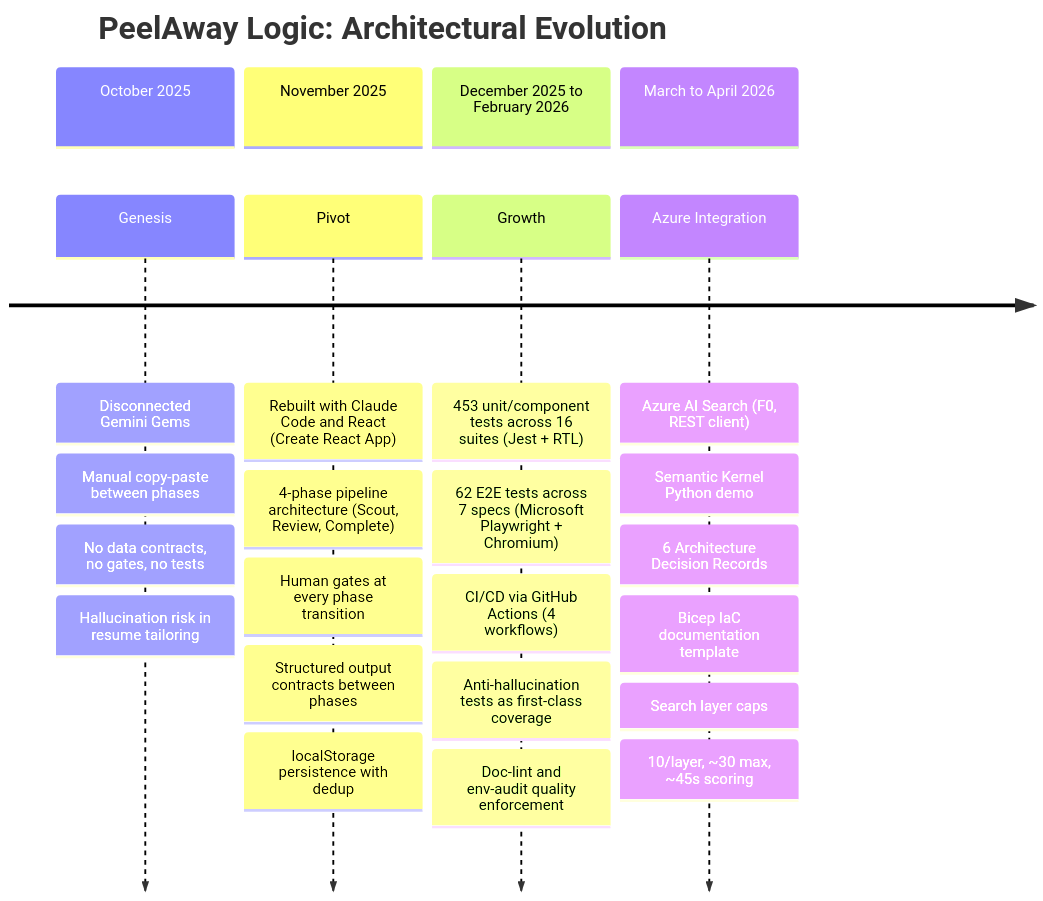
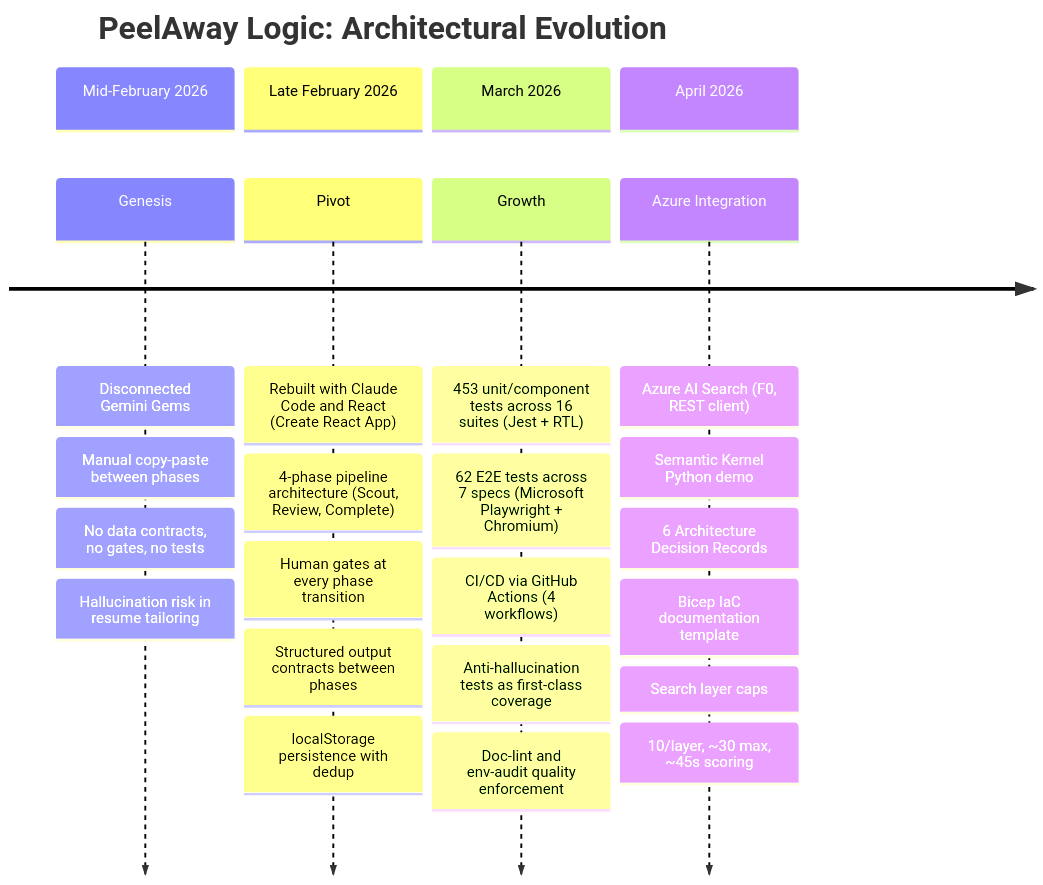
The diagram in peelaway-logic/docs/architecture/diagrams/evolution-timeline.mermaid (CarmenReed/AI-Claude-Code-Ecosystem), drawn with Mermaid before and after one commit. The commit also changed 2 other files, not shown here.

Commit message:
docs: correct project timeline to Feb-April 2026, remove interview question ref
PeelAway Logic started mid-February 2026, not October 2025. Updated
all timeline references across PROJECT_EVOLUTION, ARCHITECTURE, and
the Mermaid diagram. Removed interview question reference from Ch5.

```diff
--- a/peelaway-logic/docs/architecture/diagrams/evolution-timeline.mermaid
+++ b/peelaway-logic/docs/architecture/diagrams/evolution-timeline.mermaid
@@ -1,29 +1,29 @@
 %% PeelAway Logic: Architectural Evolution Timeline
 %% Shows the journey from disconnected Gemini Gems to governed agentic pipeline
 %% Each section represents a meaningful architectural phase, not just a calendar period
 
 timeline
     title PeelAway Logic: Architectural Evolution
-    section October 2025
+    section Mid-February 2026
         Genesis : Disconnected Gemini Gems
                 : Manual copy-paste between phases
                 : No data contracts, no gates, no tests
                 : Hallucination risk in resume tailoring
-    section November 2025
+    section Late February 2026
         Pivot : Rebuilt with Claude Code and React (Create React App)
               : 4-phase pipeline architecture (Scout, Review, Complete)
               : Human gates at every phase transition
               : Structured output contracts between phases
               : localStorage persistence with dedup
-    section December 2025 to February 2026
+    section March 2026
         Growth : 453 unit/component tests across 16 suites (Jest + RTL)
                : 62 E2E tests across 7 specs (Microsoft Playwright + Chromium)
                : CI/CD via GitHub Actions (4 workflows)
                : Anti-hallucination tests as first-class coverage
                : Doc-lint and env-audit quality enforcement
-    section March to April 2026
+    section April 2026
         Azure Integration : Azure AI Search (F0, REST client)
                           : Semantic Kernel Python demo
                           : 6 Architecture Decision Records
                           : Bicep IaC documentation template
                           : Search layer caps: 10/layer, ~30 max, ~45s scoring
```
